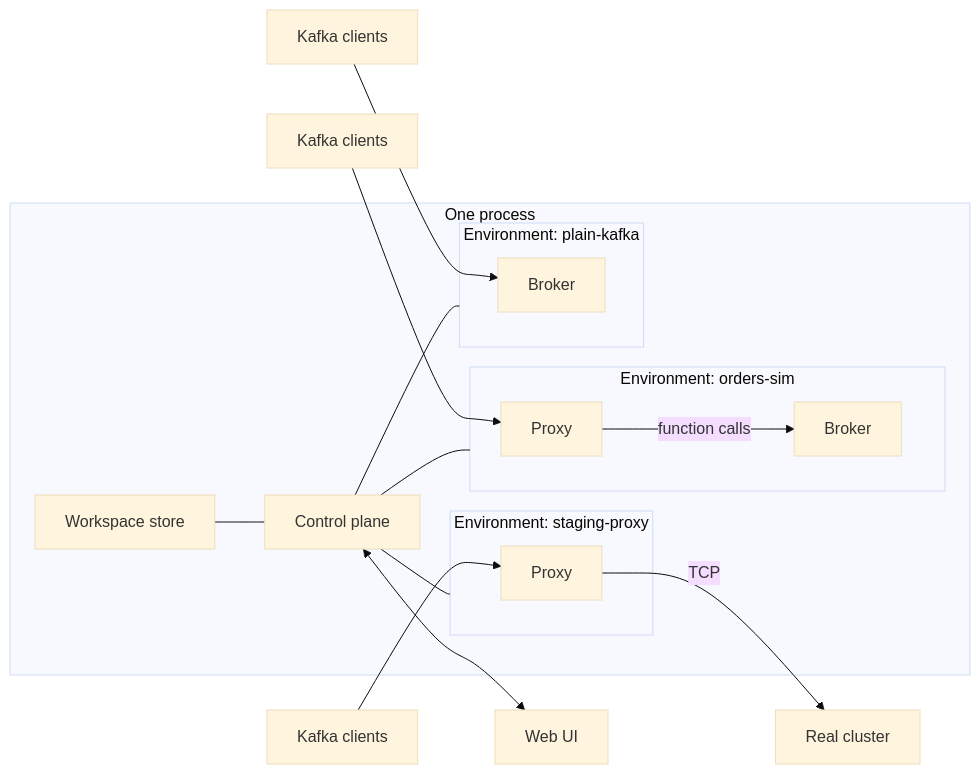
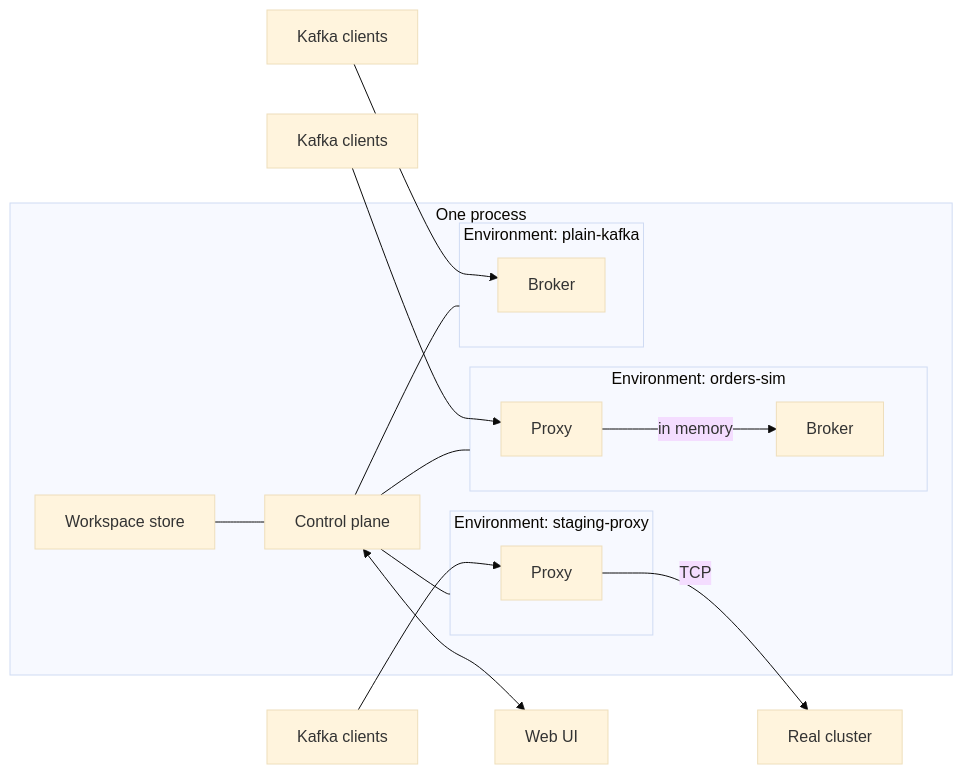
Before and after one commit to cruxy-eu/gaslightmq: the second of 2 diagrams in docs/specs/architecture/README.md, drawn with Mermaid (base theme). The commit also changed other lines of this file and 8 other files, not shown here.

````diff
--- a/docs/specs/architecture/README.md
+++ b/docs/specs/architecture/README.md
@@ -128,25 +137,25 @@
 ```mermaid
 flowchart LR
   c1["Kafka clients"] --> p1
   c2["Kafka clients"] --> p2
   c3["Kafka clients"] --> b2
 
   subgraph process["One process"]
     subgraph e1["Environment: staging-proxy"]
       p1["Proxy"]
     end
     subgraph e2["Environment: orders-sim"]
-      p2["Proxy"] -->|function calls| b1["Broker"]
+      p2["Proxy"] -->|in memory| b1["Broker"]
     end
     subgraph e3["Environment: plain-kafka"]
       b2["Broker"]
     end
     cp["Control plane"] --- e1
     cp --- e2
     cp --- e3
     ws["Workspace store"] --- cp
   end
 
   p1 -->|TCP| kafka["Real cluster"]
   cp <--> ui["Web UI"]
 ```
````
